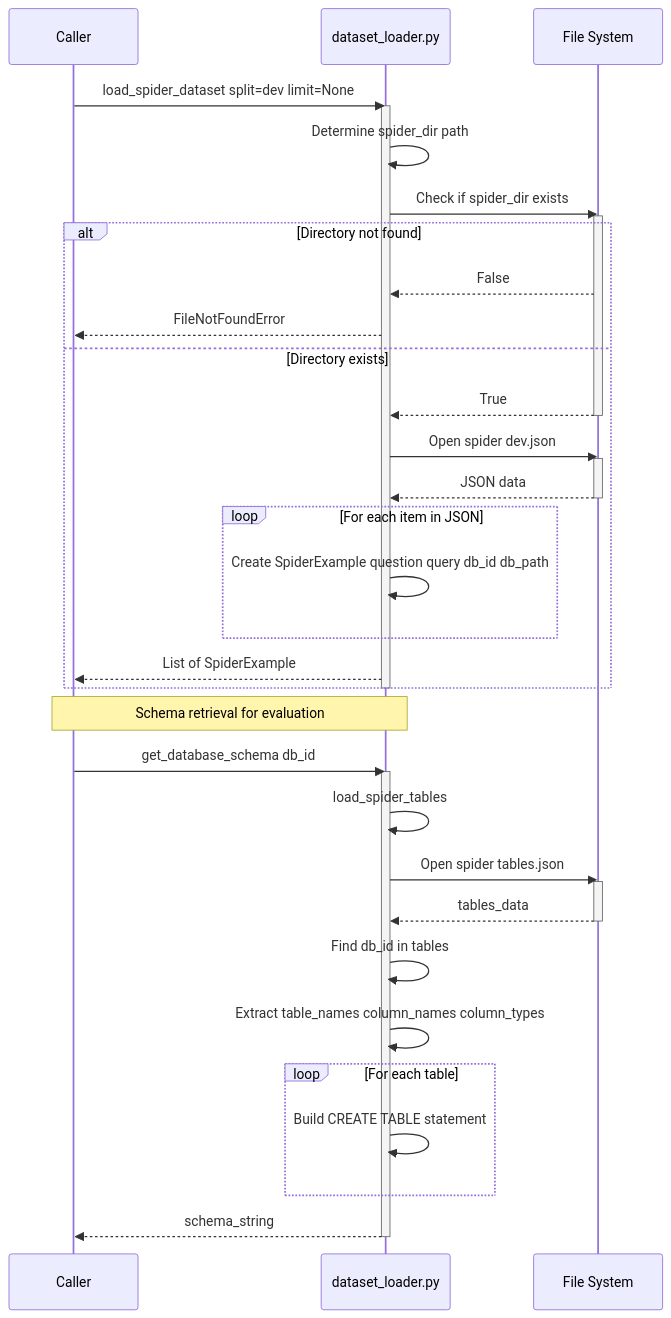
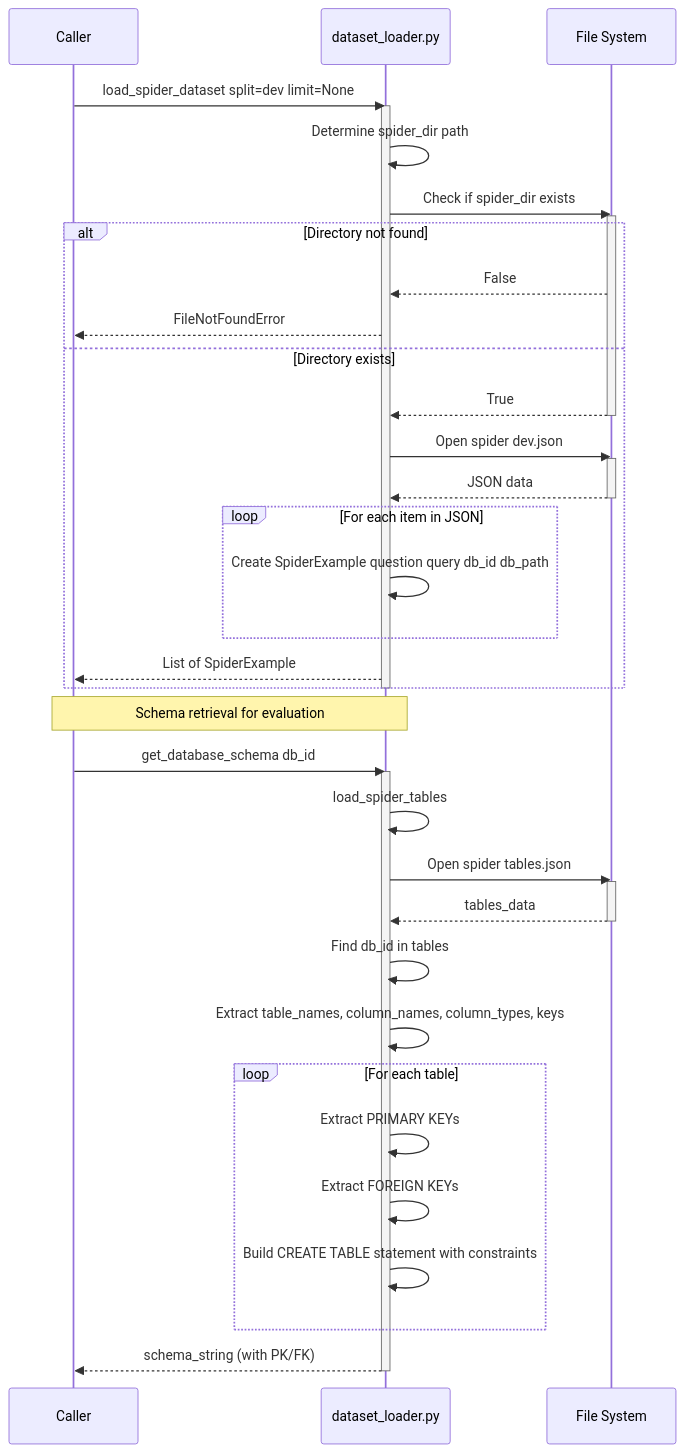
Before and after one commit to nayanjha16/CodeGen-Implementations: the eighth of 10 diagrams in docs/sequence_diagrams.md, drawn with Mermaid. The commit also changed other lines of this file and 12 other files, not shown here.

````diff
--- a/docs/sequence_diagrams.md
+++ b/docs/sequence_diagrams.md
@@ -450,54 +414,56 @@
 ```mermaid
 sequenceDiagram
     participant Caller as Caller
     participant Loader as dataset_loader.py
     participant FS as File System
     
     Caller->>Loader: load_spider_dataset split=dev limit=None
     activate Loader
     
     Loader->>Loader: Determine spider_dir path
     
     Loader->>FS: Check if spider_dir exists
     activate FS
     alt Directory not found
         FS-->>Loader: False
         Loader-->>Caller: FileNotFoundError
     else Directory exists
         FS-->>Loader: True
         deactivate FS
         
         Loader->>FS: Open spider dev.json
         activate FS
         FS-->>Loader: JSON data
         deactivate FS
         
         loop For each item in JSON
             Loader->>Loader: Create SpiderExample question query db_id db_path
         end
         
         Loader-->>Caller: List of SpiderExample
     end
     deactivate Loader
     
     Note over Caller,Loader: Schema retrieval for evaluation
     
     Caller->>Loader: get_database_schema db_id
     activate Loader
     
     Loader->>Loader: load_spider_tables
     Loader->>FS: Open spider tables.json
     activate FS
     FS-->>Loader: tables_data
     deactivate FS
     
     Loader->>Loader: Find db_id in tables
-    Loader->>Loader: Extract table_names column_names column_types
+    Loader->>Loader: Extract table_names, column_names, column_types, keys
     
     loop For each table
-        Loader->>Loader: Build CREATE TABLE statement
+        Loader->>Loader: Extract PRIMARY KEYs
+        Loader->>Loader: Extract FOREIGN KEYs
+        Loader->>Loader: Build CREATE TABLE statement with constraints
     end
     
-    Loader-->>Caller: schema_string
+    Loader-->>Caller: schema_string (with PK/FK)
     deactivate Loader
 ```
````
